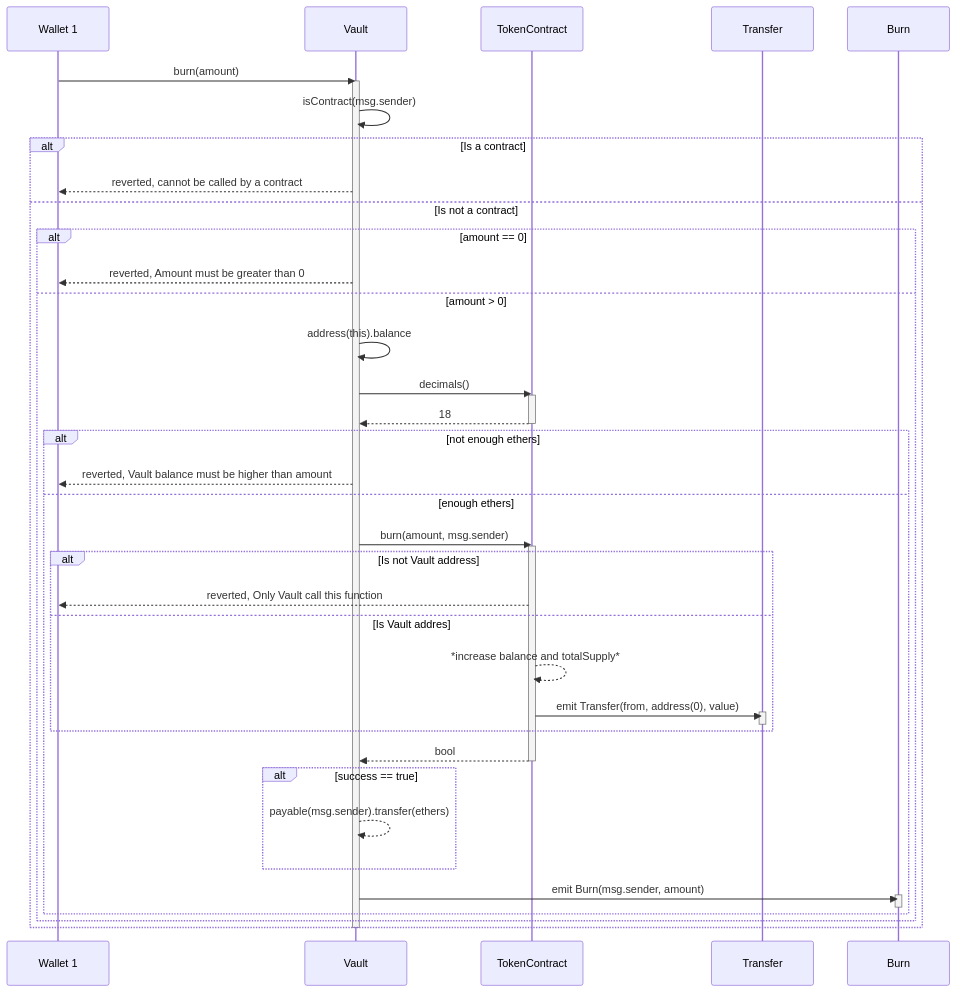
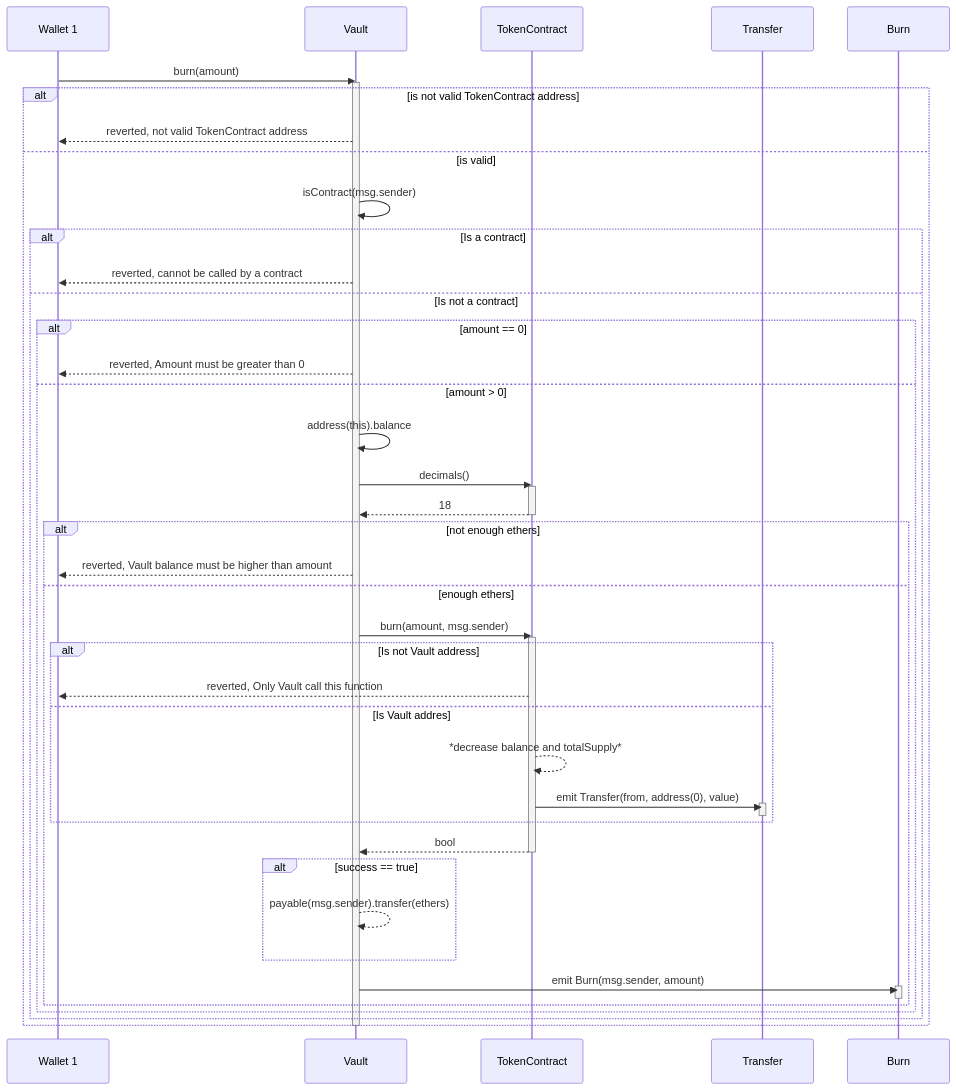
One commit to ramigonzalez/staking-platform changed the fourth of 5 diagrams in Documents/SequenceDiagrams.md. Above: the diagram before and after it, drawn with Mermaid. The commit also changed other lines of this file, not shown here.

Commit message:
update mint diagram

````diff
--- a/Documents/SequenceDiagrams.md
+++ b/Documents/SequenceDiagrams.md
@@ -76,44 +96,49 @@
 ```mermaid
 sequenceDiagram
 Wallet 1->>Vault: burn(amount)
 activate Vault
-Vault->>Vault: isContract(msg.sender)
-alt Is a contract
-    Vault-->>Wallet 1: reverted, cannot be called by a contract
-else Is not a contract
-    alt amount == 0
-        Vault-->>Wallet 1: reverted, Amount must be greater than 0
-    else amount > 0
-        Vault->>Vault: address(this).balance
-        Vault->>TokenContract: decimals()
-        activate TokenContract
-        TokenContract-->>Vault: 18
-        deactivate TokenContract
-        alt not enough ethers
-            Vault-->>Wallet 1: reverted, Vault balance must be higher than amount
-        else enough ethers
-            Vault->>TokenContract: burn(amount, msg.sender)
+alt is not valid TokenContract address
+    Vault-->>Wallet 1: reverted, not valid TokenContract address
+else is valid
+    Vault->>Vault: isContract(msg.sender)
+    alt Is a contract
+        Vault-->>Wallet 1: reverted, cannot be called by a contract
+    else Is not a contract
+        alt amount == 0
+            Vault-->>Wallet 1: reverted, Amount must be greater than 0
+        else amount > 0
+            Vault->>Vault: address(this).balance
+            Vault->>TokenContract: decimals()
             activate TokenContract
-            alt Is not Vault address
-                TokenContract-->>Wallet 1: reverted, Only Vault call this function
-            else Is Vault addres
-                TokenContract-->>TokenContract: *increase balance and totalSupply*
-                TokenContract->>Transfer: emit Transfer(from, address(0), value)
-                activate Transfer
-                deactivate Transfer
-            end
-            TokenContract-->>Vault: bool
+            TokenContract-->>Vault: 18
             deactivate TokenContract
+            alt not enough ethers
+                Vault-->>Wallet 1: reverted, Vault balance must be higher than amount
+            else enough ethers
+                Vault->>TokenContract: burn(amount, msg.sender)
+                activate TokenContract
+                alt Is not Vault address
+                    TokenContract-->>Wallet 1: reverted, Only Vault call this function
+                else Is Vault addres
+                    TokenContract-->>TokenContract: *decrease balance and totalSupply*
+                    TokenContract->>Transfer: emit Transfer(from, address(0), value)
+                    activate Transfer
+                    deactivate Transfer
+                end
+                TokenContract-->>Vault: bool
+                deactivate TokenContract
 
-            alt success == true
-                Vault-->>Vault: payable(msg.sender).transfer(ethers)
-            end
+                alt success == true
+                    Vault-->>Vault: payable(msg.sender).transfer(ethers)
+                end
 
-            Vault->>Burn: emit Burn(msg.sender, amount)
-            activate Burn
-            deactivate Burn
-        end  
+                Vault->>Burn: emit Burn(msg.sender, amount)
+                activate Burn
+                deactivate Burn
+            end  
+        end
     end
 end
+
 deactivate Vault
 ```
````
